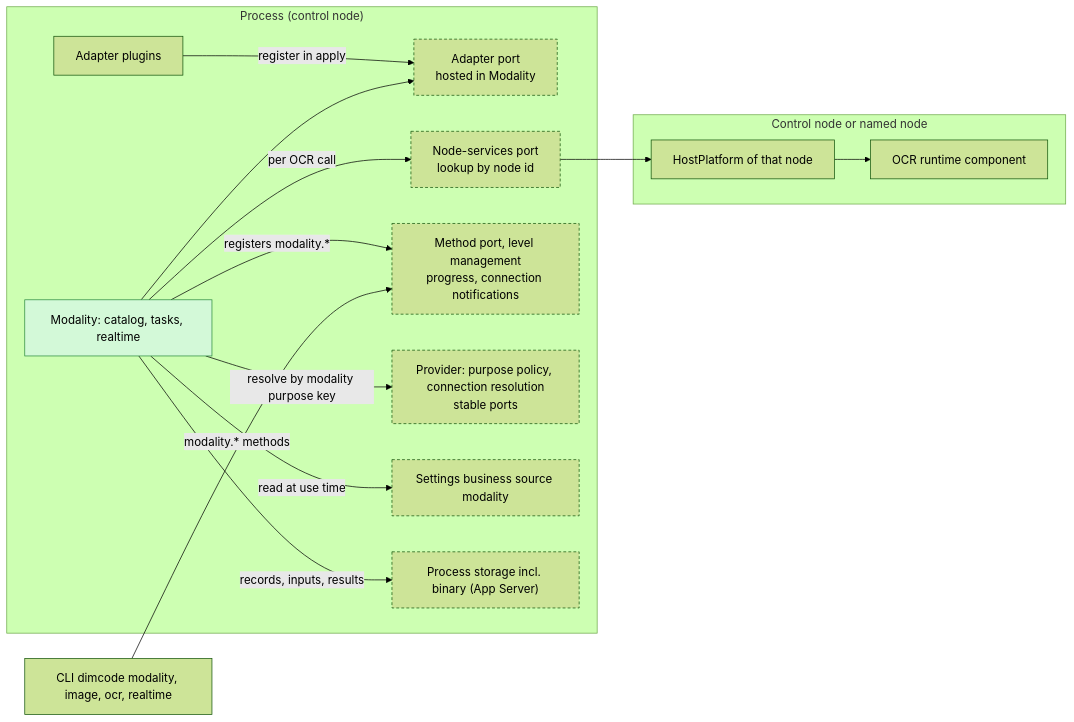
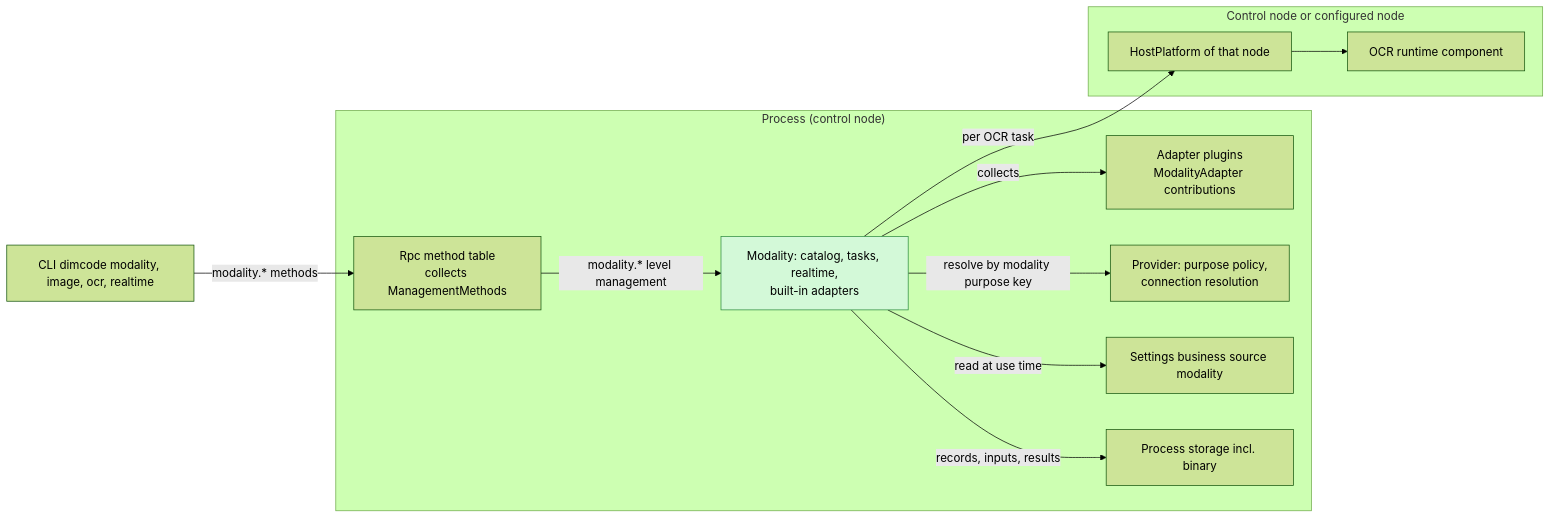
Before and after one commit to CoutinhoTTS/dim-agent: the first of 6 diagrams in docs/design/plugins/Modality.md, drawn with Mermaid (forest theme). The commit also changed other lines of this file and 2 other files, not shown here.

Commit message:
docs(design): rescope Modality, PluginManager and RemoteGateway per ADR 002

````diff
--- a/docs/design/plugins/Modality.md
+++ b/docs/design/plugins/Modality.md
@@ -9,30 +9,25 @@
 ```mermaid
 flowchart LR
   subgraph PROC["Process (control node)"]
-    Mod["Modality: catalog, tasks, realtime"]:::new
-    AdReg["Adapter port<br/>hosted in Modality"]:::contract
-    AdPlug["Adapter plugins"]
-    NS["Node-services port<br/>lookup by node id"]:::contract
-    Meth["Method port, level management<br/>progress, connection notifications"]:::contract
-    Prov["Provider: purpose policy, connection resolution<br/>stable ports"]:::contract
-    Set["Settings business source modality"]:::contract
-    Store["Process storage incl. binary (App Server)"]:::contract
+    Mod["Modality: catalog, tasks, realtime,<br/>built-in adapters"]:::new
+    AdPlug["Adapter plugins<br/>ModalityAdapter contributions"]
+    Rpc["Rpc method table<br/>collects ManagementMethods"]
+    Prov["Provider: purpose policy,<br/>connection resolution"]
+    Set["Settings business source modality"]
+    Store["Process storage incl. binary"]
   end
-  subgraph NODE["Control node or named node"]
+  subgraph NODE["Control node or configured node"]
     HP["HostPlatform of that node"]
     OCR["OCR runtime component"]
   end
   CLI["CLI dimcode modality, image, ocr, realtime"]
-  AdPlug -->|"register in apply"| AdReg
-  Mod --> AdReg
-  Mod -->|"per OCR call"| NS
-  NS --> HP
+  Mod -->|"collects"| AdPlug
+  Mod -->|"per OCR task"| HP
   HP --> OCR
   Mod -->|"resolve by modality purpose key"| Prov
   Mod -->|"records, inputs, results"| Store
-  Mod -->|"registers modality.*"| Meth
   Mod -->|"read at use time"| Set
-  CLI -->|"modality.* methods"| Meth
+  Rpc -->|"modality.* level management"| Mod
+  CLI -->|"modality.* methods"| Rpc
   classDef new fill:#d3f9d8,stroke:#2b8a3e,color:#000
-  classDef contract stroke-dasharray:4 3
 ```
````
